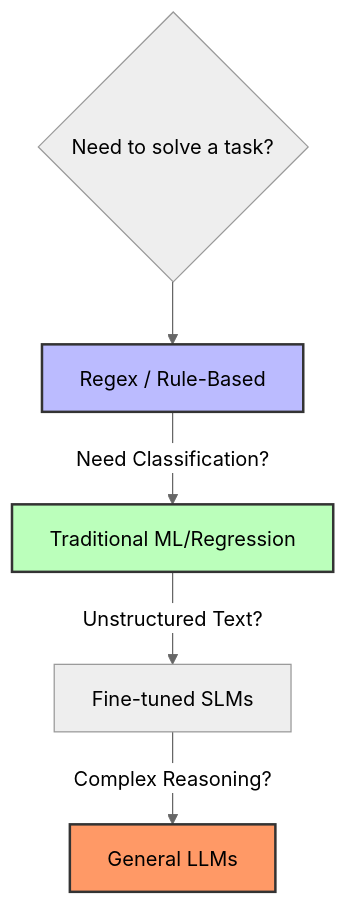
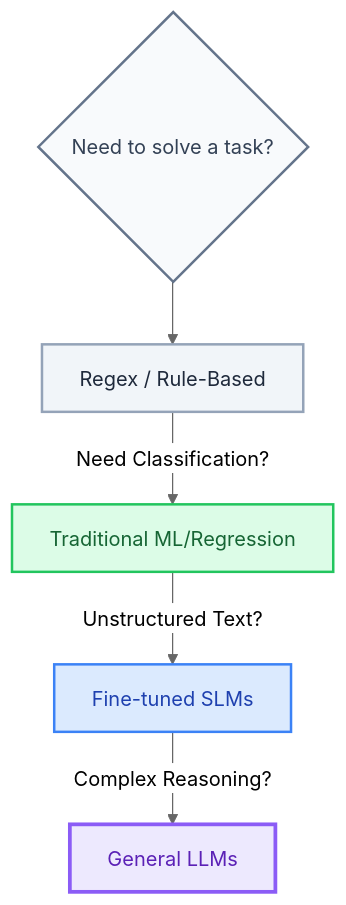
Before and after one commit to MohibUllahKhanSherwani/applied-ai-systems-backend-systems-roadmap: the first of 2 diagrams in README.md, drawn with Mermaid (neutral theme).

Commit message:
docs: Revise color styles for diagram elements in phase 0 branch
Updated color definitions for diagram styles in README.

````diff
--- a/README.md
+++ b/README.md
@@ -28,11 +28,14 @@
 ```mermaid
 graph TD
     Start{Need to solve a task?} --> Simple[Regex / Rule-Based]
     Simple --> |Need Classification?| ML[Traditional ML/Regression]
     ML --> |Unstructured Text?| SLM[Fine-tuned SLMs]
     SLM --> |Complex Reasoning?| LLM[General LLMs]
 
-    style LLM fill:#f96,stroke:#333,stroke-width:2px
-    style Simple fill:#bbf,stroke:#333,stroke-width:2px
-    style ML fill:#bfb,stroke:#333,stroke-width:2px
+    %% Color Definitions
+    style Start fill:#f8fafc,stroke:#64748b,stroke-width:2px,color:#334155
+    style Simple fill:#f1f5f9,stroke:#94a3b8,stroke-width:2px,color:#1e293b
+    style ML fill:#dcfce7,stroke:#22c55e,stroke-width:2px,color:#166534
+    style SLM fill:#dbeafe,stroke:#3b82f6,stroke-width:2px,color:#1e40af
+    style LLM fill:#ede9fe,stroke:#8b5cf6,stroke-width:3px,color:#5b21b6
 ```
````
